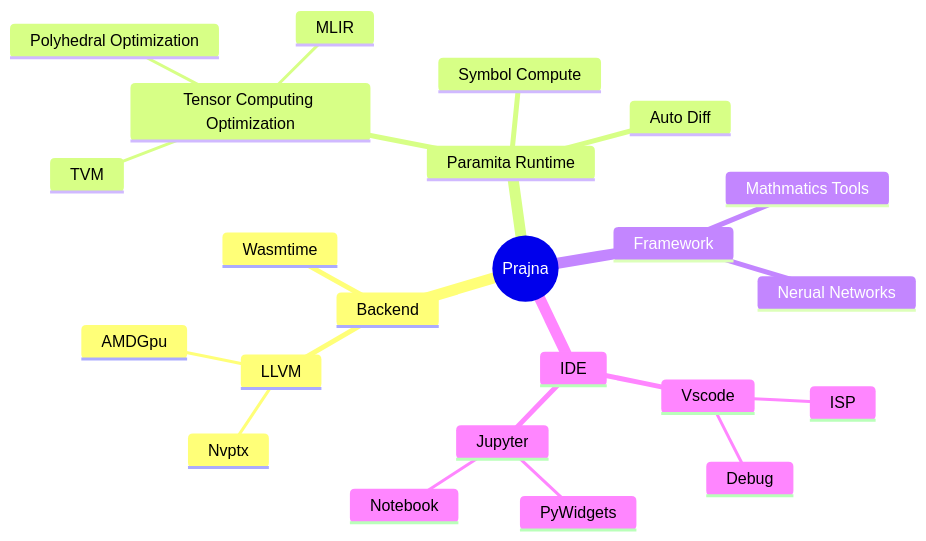
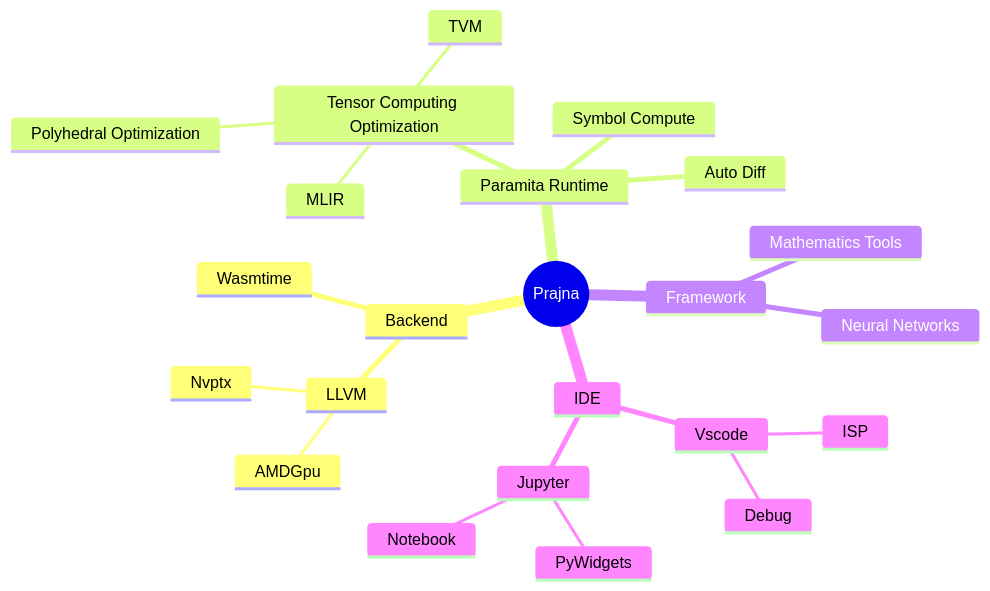
Before and after one commit to prajna-lang/prajna: the third of 3 diagrams in README.md, drawn with Mermaid. The commit also changed other lines of this file and 1 other file, not shown here.

````diff
--- a/README.md
+++ b/README.md
@@ -141,28 +140,26 @@
 ```mermaid
 mindmap
   root((Prajna))
     Backend
       LLVM
         Nvptx
         AMDGpu
       Wasmtime
     Paramita Runtime
         Tensor Computing Optimization
           Polyhedral Optimization
           TVM
           MLIR
         Auto Diff
         Symbol Compute
     Framework
-      Nerual Networks
-      Mathmatics Tools
+      Neural Networks
+      Mathematics Tools
     IDE
       Vscode
         ISP
         Debug
       Jupyter
         PyWidgets
         Notebook
-
-
 ```
````
